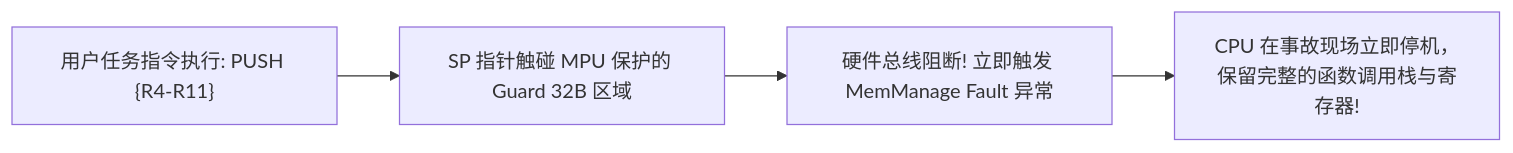
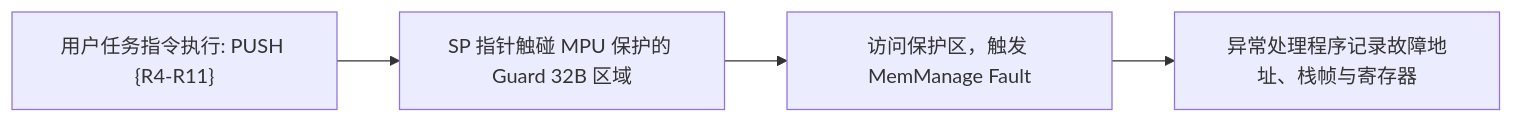
The second of 2 diagrams in RTOS/Case-Studies/02-stack-overflow-isr-corruption-debug.md (YvainZhang/YvainZhang.github.io), drawn with Mermaid before and after one commit. The commit also changed other lines of this file and 190 other files, not shown here.

````diff
--- a/RTOS/Case-Studies/02-stack-overflow-isr-corruption-debug.md
+++ b/RTOS/Case-Studies/02-stack-overflow-isr-corruption-debug.md
@@ -43,6 +43,6 @@
 ```mermaid
 flowchart LR
     Task["用户任务指令执行: PUSH {R4-R11}"] --> SP["SP 指针触碰 MPU 保护的 Guard 32B 区域"]
-    SP --> Fault["硬件总线阻断! 立即触发 MemManage Fault 异常"]
-    Fault --> Freeze["CPU 在事故现场立即停机，保留完整的函数调用栈与寄存器!"]
+    SP --> Fault["访问保护区，触发 MemManage Fault"]
+    Fault --> Freeze["异常处理程序记录故障地址、栈帧与寄存器"]
 ```
````
